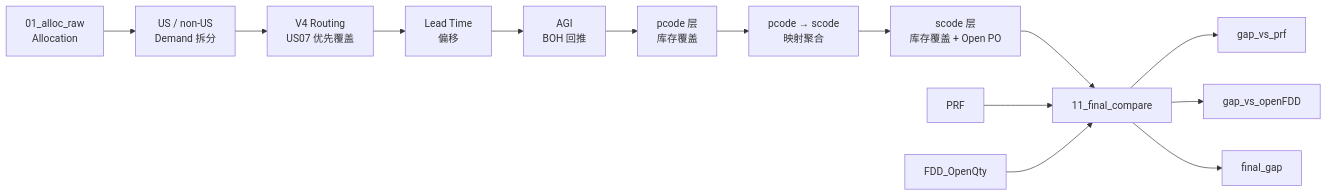
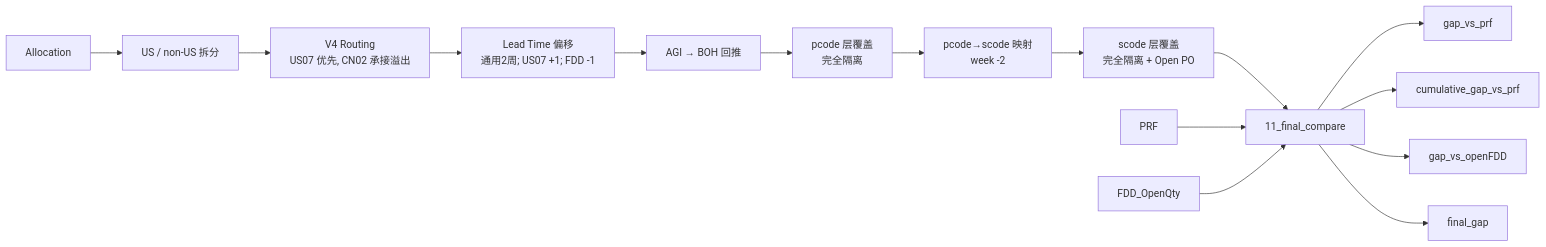
Before and after one commit to HoloClem/excel-planning-automation-demo: the diagram in README.md, drawn with Mermaid. The commit also changed other lines of this file, not shown here.

````diff
--- a/README.md
+++ b/README.md
@@ -37,16 +56,17 @@
 ```mermaid
 graph LR
-    A[01_alloc_raw<br/>Allocation] --> B[US / non-US<br/>Demand 拆分]
-    B --> C[V4 Routing<br/>US07 优先覆盖]
-    C --> D[Lead Time<br/>偏移]
-    D --> E[AGI<br/>BOH 回推]
-    E --> F[pcode 层<br/>库存覆盖]
-    F --> G[pcode → scode<br/>映射聚合]
-    G --> H[scode 层<br/>库存覆盖 + Open PO]
+    A[Allocation] --> B[US / non-US 拆分]
+    B --> C[V4 Routing<br/>US07 优先, CN02 承接溢出]
+    C --> D[Lead Time 偏移<br/>通用2周; US07 +1; FDD -1]
+    D --> E[AGI → BOH 回推]
+    E --> F[pcode 层覆盖<br/>完全隔离]
+    F --> G[pcode→scode 映射<br/>week -2]
+    G --> H[scode 层覆盖<br/>完全隔离 + Open PO]
     H --> I[11_final_compare]
     J[PRF] --> I
     K[FDD_OpenQty] --> I
     I --> L[gap_vs_prf]
-    I --> M[gap_vs_openFDD]
-    I --> N[final_gap]
+    I --> M[cumulative_gap_vs_prf]
+    I --> N[gap_vs_openFDD]
+    I --> O[final_gap]
 ```
````
